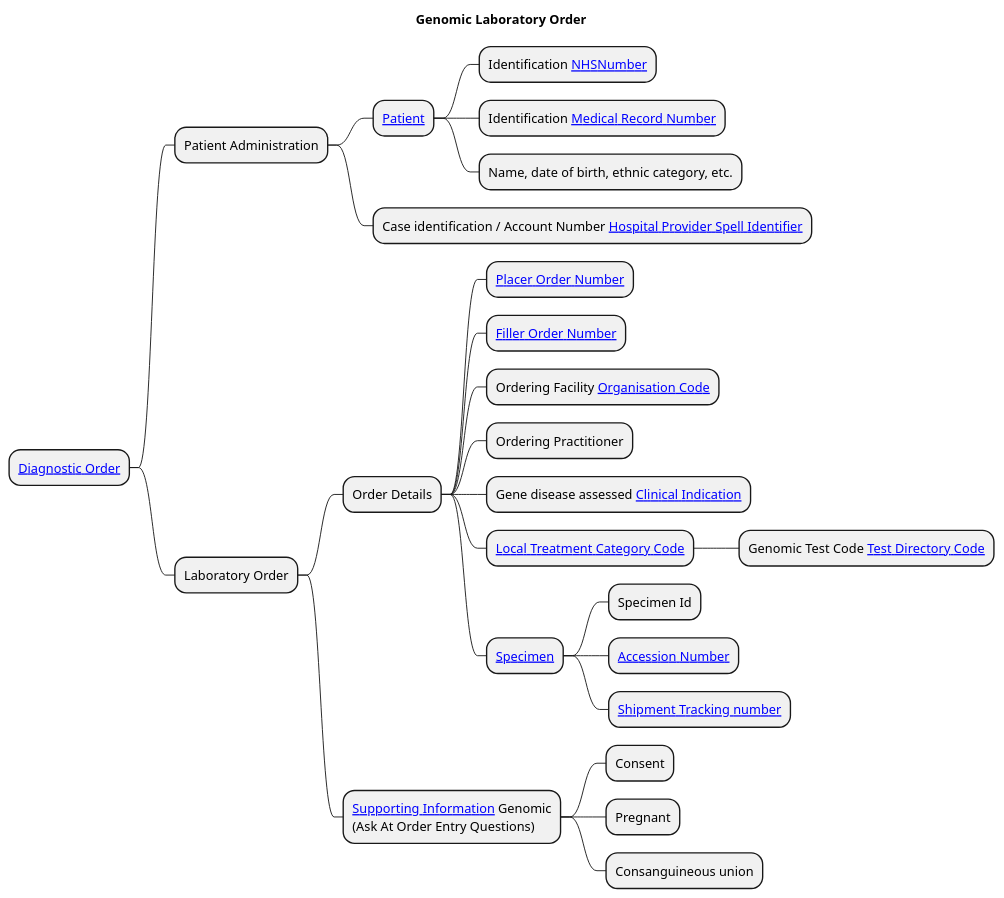
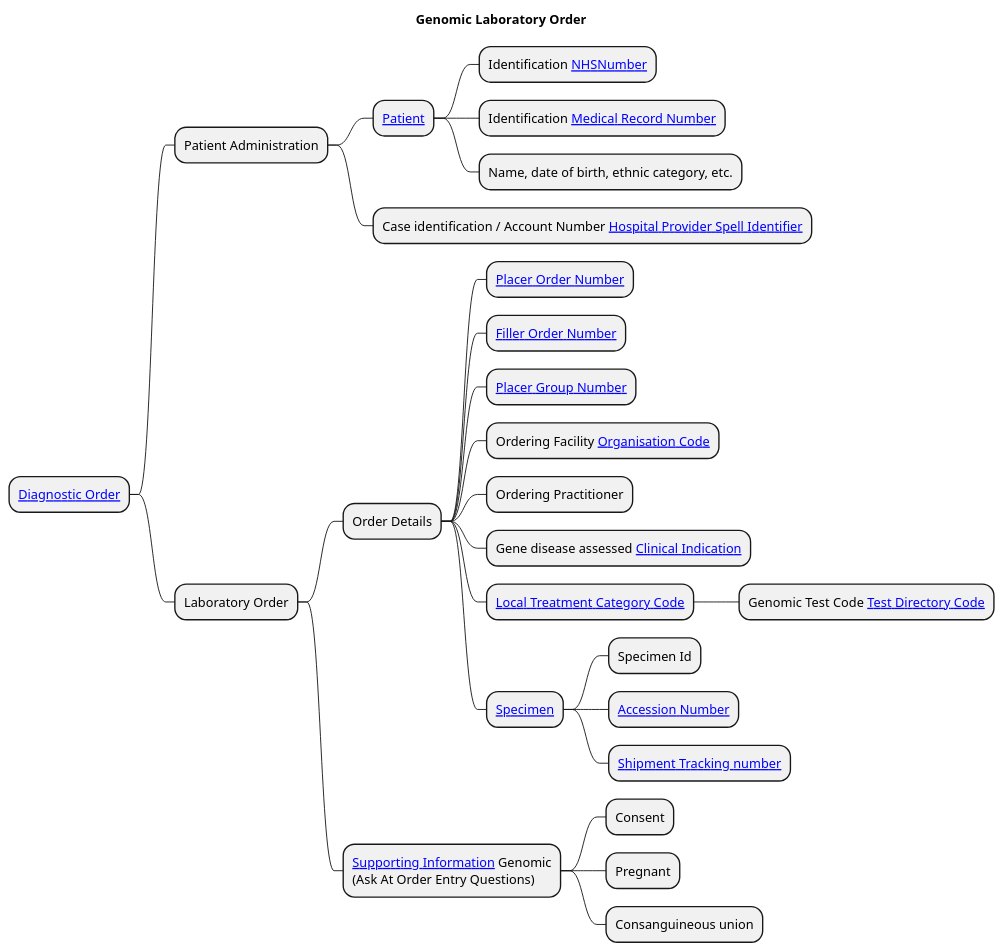
One commit to uk-gov-mirror/nw-gmsa.nw-gmsa.github.com changed the diagram in input/images-source/Laboratory-Order-mindmap.plantuml. Above: the diagram before and after it, drawn with PlantUML.

Commit message:
Diagnostic Implication

```diff
--- a/input/images-source/Laboratory-Order-mindmap.plantuml
+++ b/input/images-source/Laboratory-Order-mindmap.plantuml
@@ -1,30 +1,31 @@
 @startmindmap
 
 title "Genomic Laboratory Order"
 
 * [[#diagnostic-order Diagnostic Order]]
 ** Patient Administration
 *** [[StructureDefinition-Patient.html Patient]]
 **** Identification [[StructureDefinition-NHSNumber.html NHSNumber]]
 **** Identification [[StructureDefinition-MedicalRecordNumber.html Medical Record Number]]
 **** Name, date of birth, ethnic category, etc.
 *** Case identification / Account Number [[StructureDefinition-HospitalProviderSpellIdentifier.html Hospital Provider Spell Identifier]]
 ** Laboratory Order
 *** Order Details
 **** [[StructureDefinition-PlacerOrderNumber.html Placer Order Number]]
 **** [[StructureDefinition-FillerOrderNumber.html Filler Order Number]]
+**** [[StructureDefinition-PlacerGroupNumber.html Placer Group Number]]
 **** Ordering Facility [[StructureDefinition-OrganisationCode.html Organisation Code]]
 **** Ordering Practitioner
 **** Gene disease assessed [[CodeSystem-GenomicClinicalIndication.html Clinical Indication]]
 **** [[https://www.datadictionary.nhs.uk/data_elements/local_treatment_category_code.html Local Treatment Category Code]]
 ***** Genomic Test Code [[CodeSystem-GenomicTestCode.html Test Directory Code]]
 **** [[#specimen Specimen]]
 ***** Specimen Id
 ***** [[StructureDefinition-AccessionNumber.html Accession Number]]
 ***** [[StructureDefinition-ShipmentTrackingNumber.html Shipment Tracking number]]
 *** [[#supporting-information Supporting Information]] Genomic\n(Ask At Order Entry Questions)
 **** Consent
 **** Pregnant
 **** Consanguineous union
 
 @endmindmap
```
